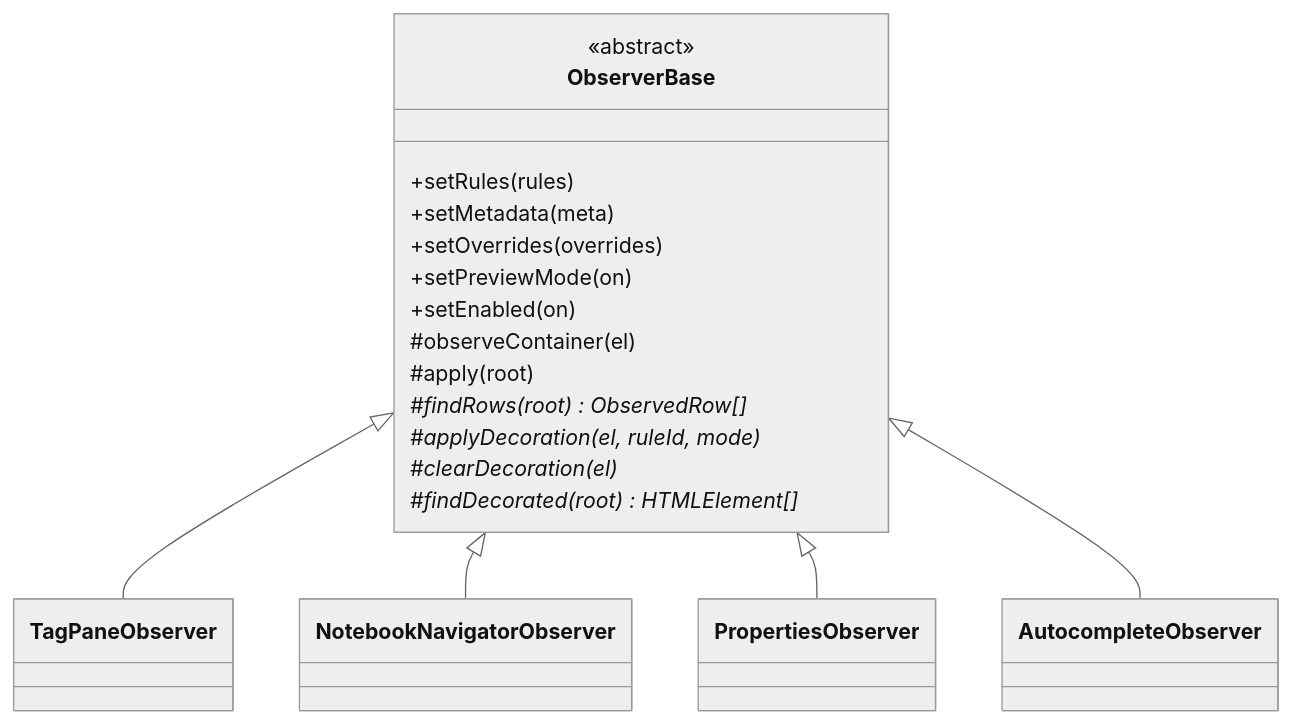
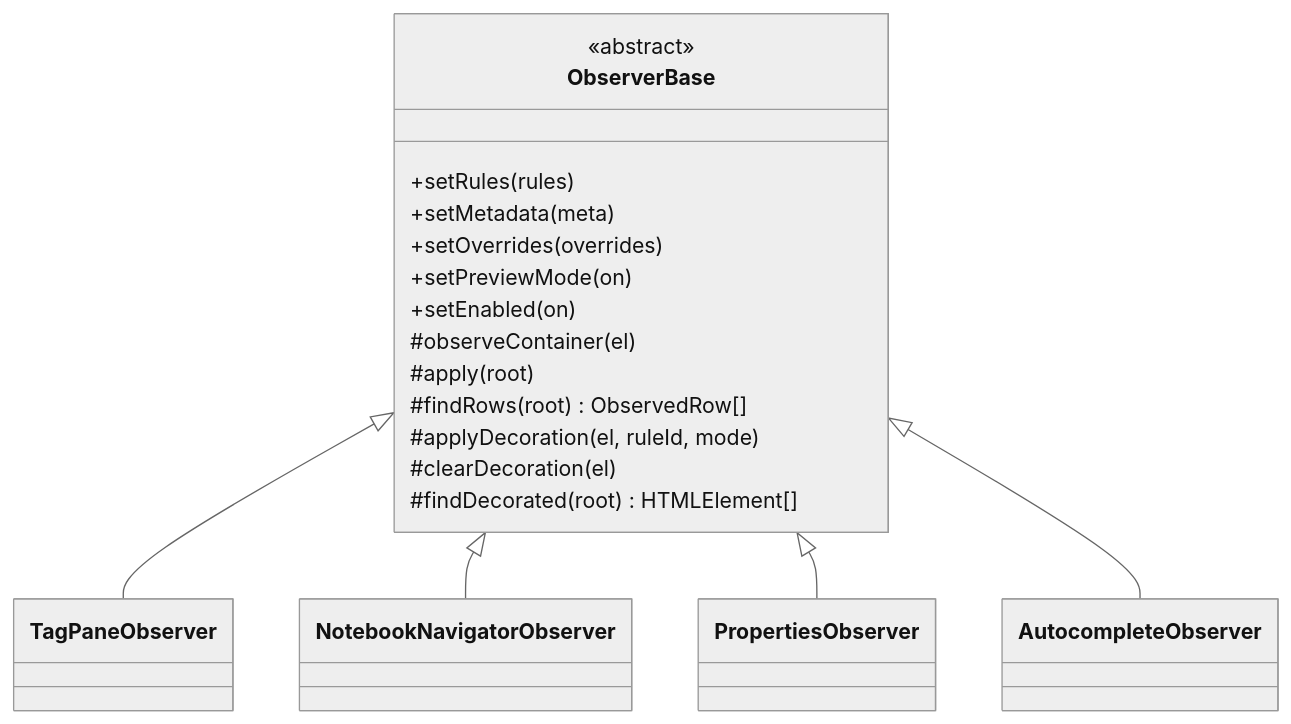
One commit to prisant-labs/obsidian-tag-curator changed the third of 4 diagrams in docs/ARCHITECTURE.md. Above: the diagram before and after it, drawn with Mermaid (neutral theme). The commit also changed 1 other file, not shown here.

Commit message:
docs: fix mermaid classDiagram syntax and styles.css tracking note
the ObserverBase classDiagram placed the abstract * before the return type, which fails to parse (verified via the mermaid renderer); dropped the method classifiers, keeping return types and the <<abstract>> class marker. CONTRIBUTING wrongly said styles.css is not committed - it is tracked, hand-authored source; only main.js is gitignored.

Claude-Session: https://claude.ai/code/session_01PWkkhksKsh5VKR6Cx1rkMr

````diff
--- a/docs/ARCHITECTURE.md
+++ b/docs/ARCHITECTURE.md
@@ -123,21 +123,21 @@
 ```mermaid
 classDiagram
     class ObserverBase {
         <<abstract>>
         +setRules(rules)
         +setMetadata(meta)
         +setOverrides(overrides)
         +setPreviewMode(on)
         +setEnabled(on)
         #observeContainer(el)
         #apply(root)
-        #findRows(root)* ObservedRow[]
-        #applyDecoration(el, ruleId, mode)*
-        #clearDecoration(el)*
-        #findDecorated(root)* HTMLElement[]
+        #findRows(root) ObservedRow[]
+        #applyDecoration(el, ruleId, mode)
+        #clearDecoration(el)
+        #findDecorated(root) HTMLElement[]
     }
     ObserverBase <|-- TagPaneObserver
     ObserverBase <|-- NotebookNavigatorObserver
     ObserverBase <|-- PropertiesObserver
     ObserverBase <|-- AutocompleteObserver
 ```
````
